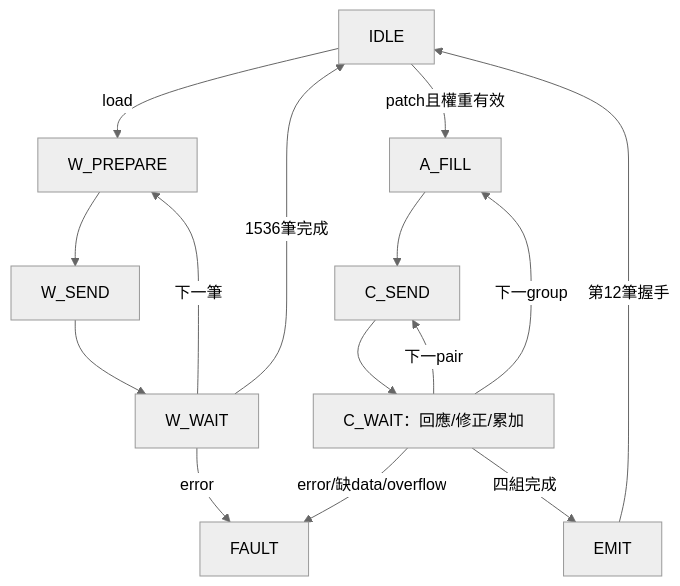
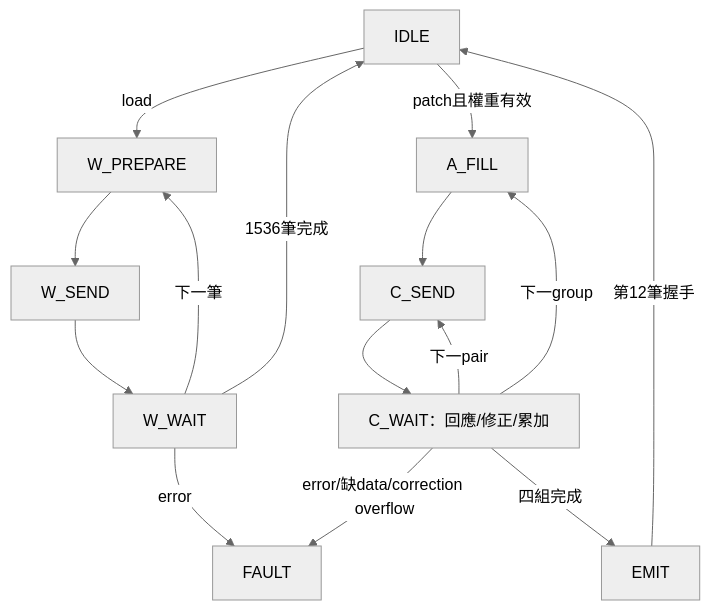
One commit to Lswen-Lee/KWS_DNN_Hybrid changed the second of 2 diagrams in HYBRID_SYSTEM/docs/S5A_DCIM_BACKEND.md. Above: the diagram before and after it, drawn with Mermaid (neutral theme). The commit also changed other lines of this file and 6 other files, not shown here.

````diff
--- a/HYBRID_SYSTEM/docs/S5A_DCIM_BACKEND.md
+++ b/HYBRID_SYSTEM/docs/S5A_DCIM_BACKEND.md
@@ -83,17 +83,17 @@
 ```mermaid
 flowchart TD
  I[IDLE] -->|load| WP[W_PREPARE]
  WP --> WS[W_SEND]
  WS --> WW[W_WAIT]
  WW -->|下一筆| WP
  WW -->|1536筆完成| I
  I -->|patch且權重有效| A[A_FILL]
  A --> CS[C_SEND]
  CS --> CW[C_WAIT：回應/修正/累加]
  CW -->|下一pair| CS
  CW -->|下一group| A
  CW -->|四組完成| E[EMIT]
  E -->|第12筆握手| I
  WW -->|error| F[FAULT]
- CW -->|error/缺data/overflow| F
+ CW -->|error/缺data/correction overflow| F
 ```
````
